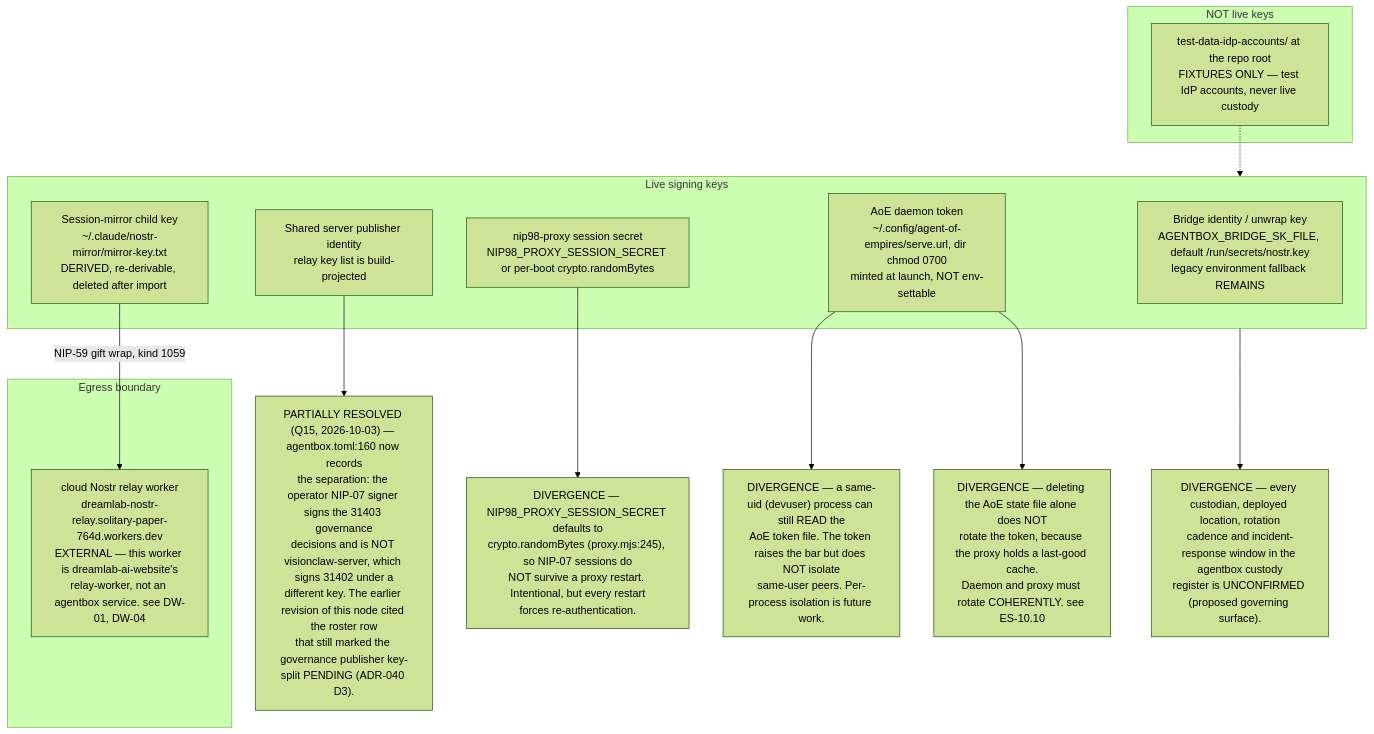
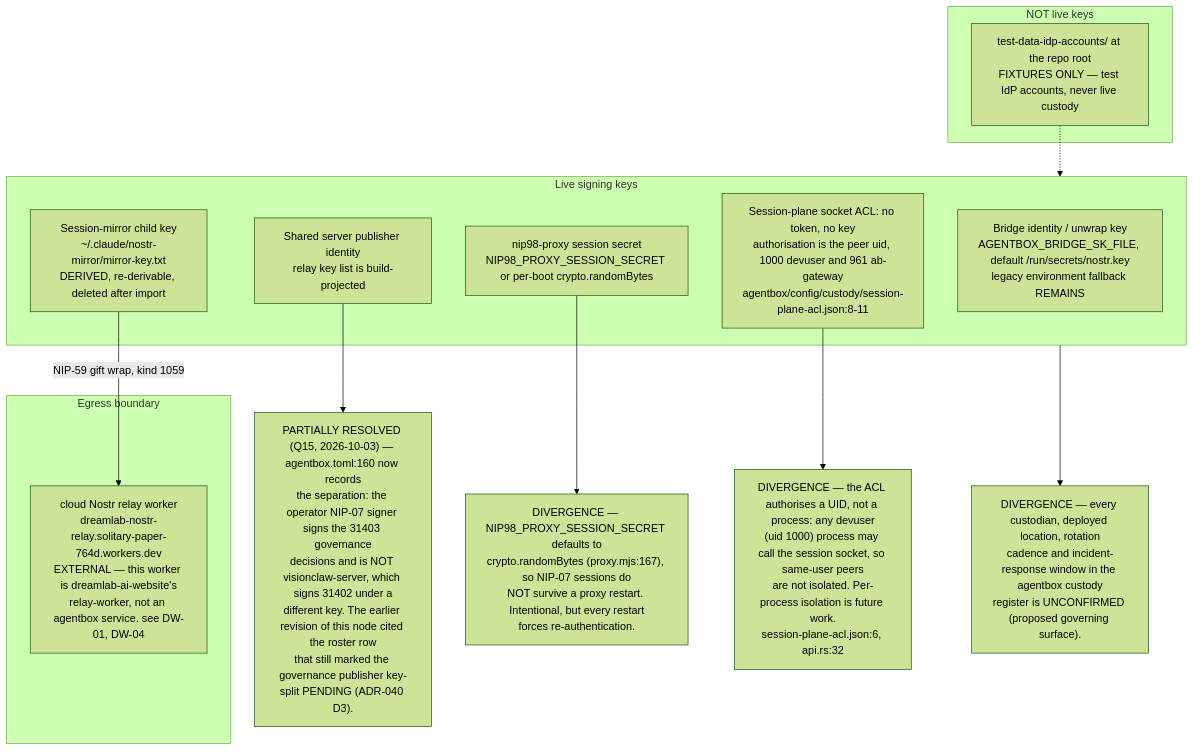
The fourth of 6 diagrams in docs/diagrams/estate/04-identity-mesh-did-nostr.md (DreamLab-AI/VisionFlow), drawn with Mermaid (forest theme) before and after one commit. The commit also changed other lines of this file and 145 other files, not shown here.

````diff
--- a/docs/diagrams/estate/04-identity-mesh-did-nostr.md
+++ b/docs/diagrams/estate/04-identity-mesh-did-nostr.md
@@ -180,31 +186,29 @@
 ```mermaid
 flowchart TB
     subgraph live["Live signing keys"]
         K1["Bridge identity / unwrap key<br/>AGENTBOX_BRIDGE_SK_FILE, default /run/secrets/nostr.key<br/>legacy environment fallback REMAINS"]
         K2["Shared server publisher identity<br/>relay key list is build-projected"]
-        K3["AoE daemon token<br/>~/.config/agent-of-empires/serve.url, dir chmod 0700<br/>minted at launch, NOT env-settable"]
+        K3["Session-plane socket ACL: no token, no key<br/>authorisation is the peer uid, 1000 devuser and 961 ab-gateway<br/>agentbox/config/custody/session-plane-acl.json:8-11"]
         K4["nip98-proxy session secret<br/>NIP98_PROXY_SESSION_SECRET or per-boot crypto.randomBytes"]
         K5["Session-mirror child key<br/>~/.claude/nostr-mirror/mirror-key.txt<br/>DERIVED, re-derivable, deleted after import"]
     end
     subgraph fixtures["NOT live keys"]
         F1["test-data-idp-accounts/ at the repo root<br/>FIXTURES ONLY — test IdP accounts, never live custody"]
     end
     subgraph boundary["Egress boundary"]
         REL["cloud Nostr relay worker<br/>dreamlab-nostr-relay.solitary-paper-764d.workers.dev<br/>EXTERNAL — this worker is dreamlab-ai-website's<br/>relay-worker, not an agentbox service. see DW-01, DW-04"]
     end
 
     K5 -->|"NIP-59 gift wrap, kind 1059"| REL
 
     D1["PARTIALLY RESOLVED (Q15, 2026-10-03) — agentbox.toml:160 now records<br/>the separation: the operator NIP-07 signer signs the 31403 governance<br/>decisions and is NOT visionclaw-server, which signs 31402 under a<br/>different key. The earlier revision of this node cited the roster row<br/>that still marked the governance publisher key-split PENDING (ADR-040 D3)."]
-    D2["DIVERGENCE — NIP98_PROXY_SESSION_SECRET defaults to<br/>crypto.randomBytes (proxy.mjs:245), so NIP-07 sessions do<br/>NOT survive a proxy restart. Intentional, but every restart<br/>forces re-authentication."]
-    D3["DIVERGENCE — a same-uid (devuser) process can still READ the<br/>AoE token file. The token raises the bar but does NOT isolate<br/>same-user peers. Per-process isolation is future work."]
-    D4["DIVERGENCE — deleting the AoE state file alone does NOT<br/>rotate the token, because the proxy holds a last-good cache.<br/>Daemon and proxy must rotate COHERENTLY. see ES-10.10"]
+    D2["DIVERGENCE — NIP98_PROXY_SESSION_SECRET defaults to<br/>crypto.randomBytes (proxy.mjs:167), so NIP-07 sessions do<br/>NOT survive a proxy restart. Intentional, but every restart<br/>forces re-authentication."]
+    D3["DIVERGENCE — the ACL authorises a UID, not a process: any devuser<br/>(uid 1000) process may call the session socket, so same-user peers<br/>are not isolated. Per-process isolation is future work.<br/>session-plane-acl.json:6, api.rs:32"]
     D5["DIVERGENCE — every custodian, deployed location, rotation<br/>cadence and incident-response window in the agentbox custody<br/>register is UNCONFIRMED (proposed governing surface)."]
 
     K2 --> D1
     K4 --> D2
     K3 --> D3
-    K3 --> D4
     live --> D5
     F1 -.-> live
 ```
````
